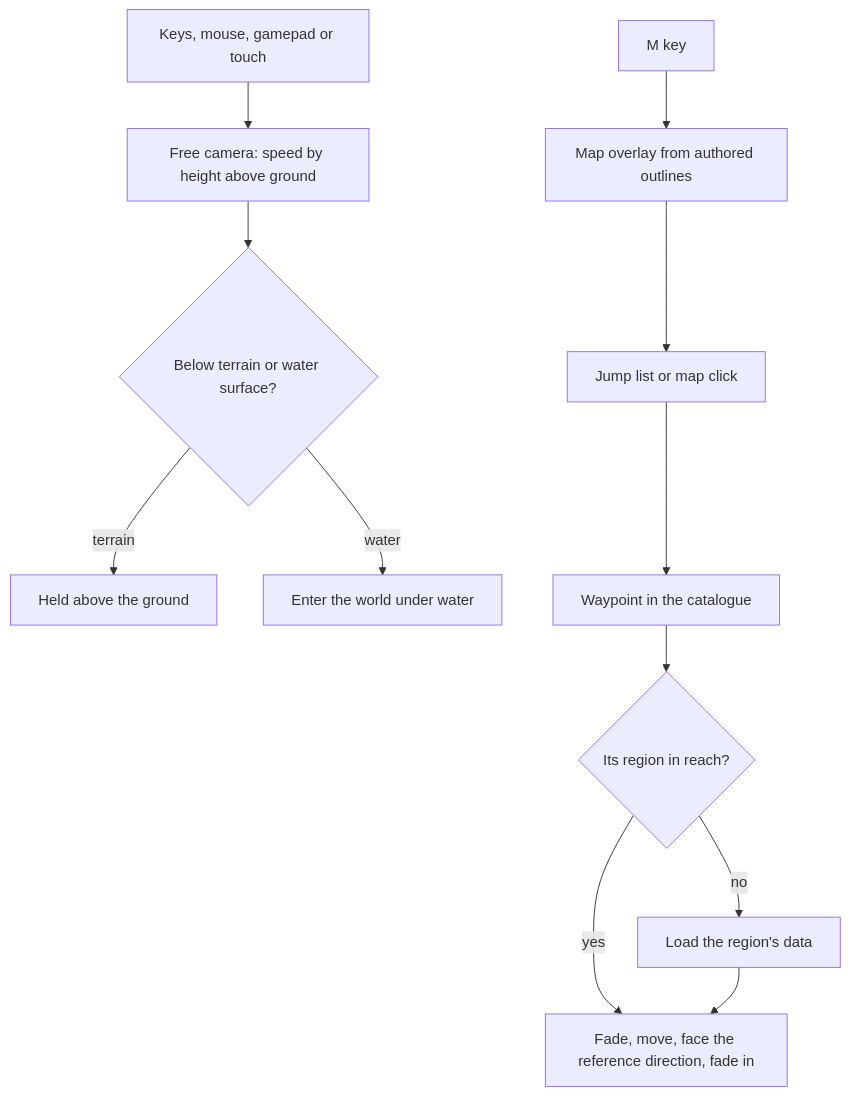
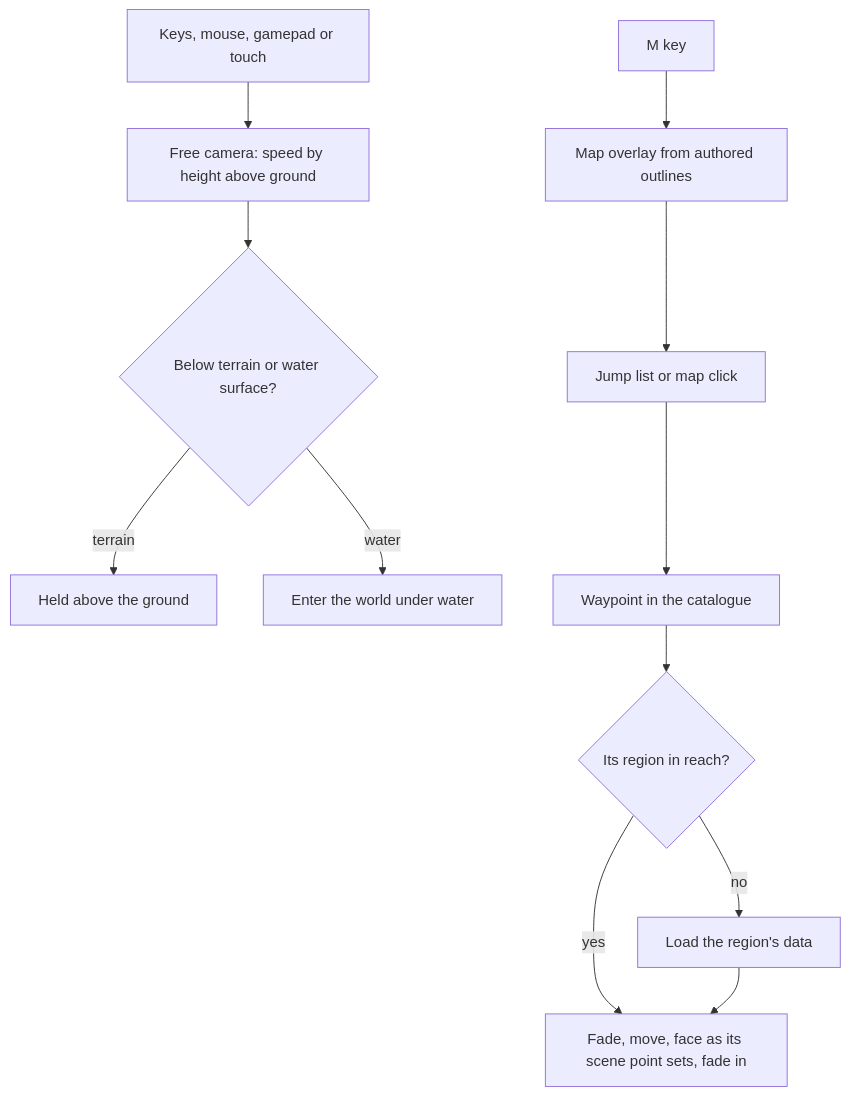
One commit to Esposter/Esposter changed the diagram in apps/web/content/docs/proposals/genshin/exploring.md. Above: the diagram before and after it, drawn with Mermaid. The commit also changed other lines of this file and 35 other files, not shown here.

````diff
--- a/apps/web/content/docs/proposals/genshin/exploring.md
+++ b/apps/web/content/docs/proposals/genshin/exploring.md
@@ -21,14 +27,14 @@
 ```mermaid
 flowchart TD
   IN[Keys, mouse, gamepad or touch] --> FC[Free camera: speed by height above ground]
   FC --> CL{Below terrain or water surface?}
   CL -->|terrain| CLAMP[Held above the ground]
   CL -->|water| UW[Enter the world under water]
   JL[Jump list or map click] --> WP[Waypoint in the catalogue]
   WP --> RCH{Its region in reach?}
   RCH -->|no| LOAD[Load the region's data]
-  RCH -->|yes| FADE[Fade, move, face the reference direction, fade in]
+  RCH -->|yes| FADE[Fade, move, face as its scene point sets, fade in]
   LOAD --> FADE
   M[M key] --> MAP[Map overlay from authored outlines]
   MAP --> JL
 ```
````
